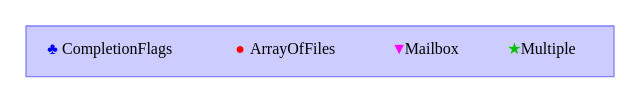
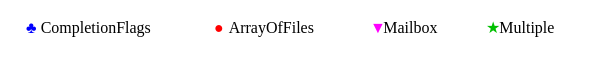
Before and after one commit to neomutt/gfx: the diagram in arch/enter-field-key.gv, drawn with Graphviz. The commit also changed 2 other files, not shown here.

Commit message:
tidy key

```diff
--- a/arch/enter-field-key.gv
+++ b/arch/enter-field-key.gv
@@ -1,41 +1,35 @@
 digraph enter_field
 {
 	// enter/enter.c 2021-12-21
 	graph [
 		rankdir="LR"
 		nodesep="0.0"
 		ranksep="0.0"
 		compound="true"
 	]
 
 	node [
 		shape="Mrecord"
 		fontsize="12"
 		style="rounded"
 		height="0.2"
 		penwidth="1.5"
 		color="black"
 	]
 
 	edge [
 		penwidth="1.0"
 		arrowsize="0.5"
 	]
 
-	subgraph cluster_key
-	{
-		fontcolor="black"
-		color="#8080ff"
-		fillcolor="#ccccff"
-		style="filled"
-		node [ color="invis" nodesep="0.0" ranksep="0.0" ]
-		edge [ style="invis" ]
+	fontcolor="black"
+	node [ color="invis" nodesep="0.0" ranksep="0.0" ]
+	edge [ style="invis" ]
 
-		ArrayOfFiles    [ label=<<font color="red">●</font> ArrayOfFiles> ]
-		CompletionFlags [ label=<<font color="blue">♣</font> CompletionFlags> ]
-		Mailbox         [ label=<<font color="magenta">▼</font> Mailbox> ]
-		Multiple        [ label=<<font color="#00c000">★</font> Multiple> ]
+	ArrayOfFiles    [ label=<<font color="red">●</font> ArrayOfFiles> ]
+	CompletionFlags [ label=<<font color="blue">♣</font> CompletionFlags> ]
+	Mailbox         [ label=<<font color="magenta">▼</font> Mailbox> ]
+	Multiple        [ label=<<font color="#00c000">★</font> Multiple> ]
 
-		CompletionFlags -> ArrayOfFiles -> Mailbox -> Multiple
-	}
+	CompletionFlags -> ArrayOfFiles -> Mailbox -> Multiple
 }
```
